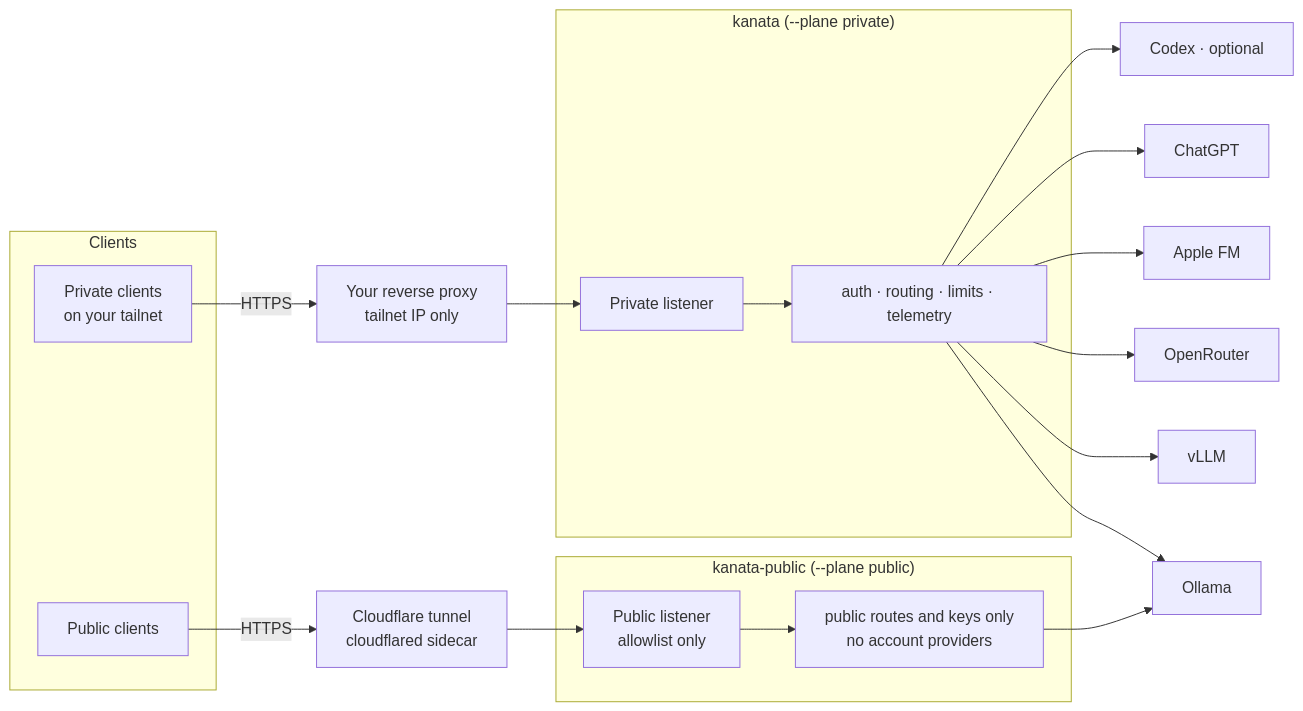
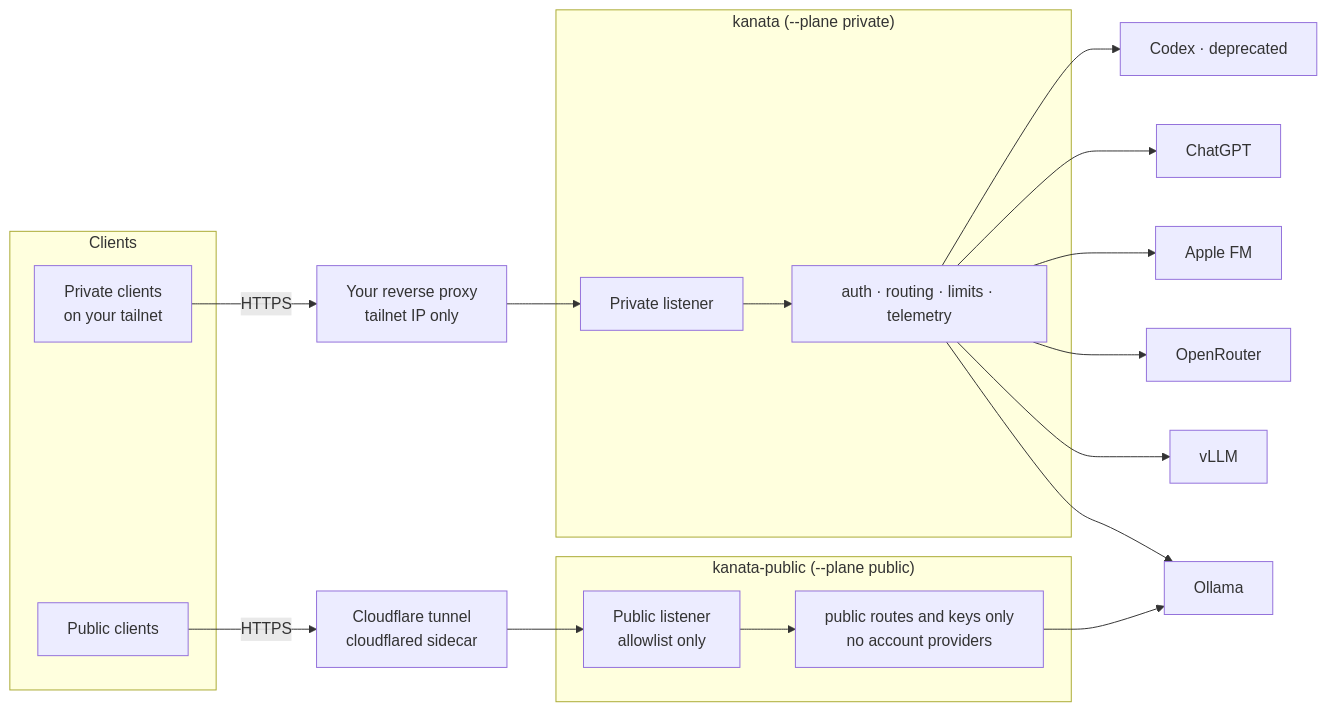
One commit to hoshinoht/kanata changed the diagram in README.md. Above: the diagram before and after it, drawn with Mermaid. The commit also changed other lines of this file and 5 other files, not shown here.

````diff
--- a/README.md
+++ b/README.md
@@ -108,28 +110,28 @@
 ```mermaid
 flowchart LR
   subgraph Clients
     P[Private clients<br/>on your tailnet]
     X[Public clients]
   end
   P -->|HTTPS| RP[Your reverse proxy<br/>tailnet IP only]
   X -->|HTTPS| CF[Cloudflare tunnel<br/>cloudflared sidecar]
   RP --> KP
   CF --> KU
   subgraph Private["kanata (--plane private)"]
     KP[Private listener]
     CORE[auth · routing · limits · telemetry]
     KP --> CORE
   end
   subgraph Public["kanata-public (--plane public)"]
     KU[Public listener<br/>allowlist only]
     PCORE[public routes and keys only<br/>no account providers]
     KU --> PCORE
   end
   CORE --> O[Ollama]
   CORE --> V[vLLM]
   CORE --> R[OpenRouter]
   CORE --> A[Apple FM]
   CORE --> G[ChatGPT]
-  CORE --> C[Codex · optional]
+  CORE --> C[Codex · deprecated]
   PCORE --> O
 ```
````
